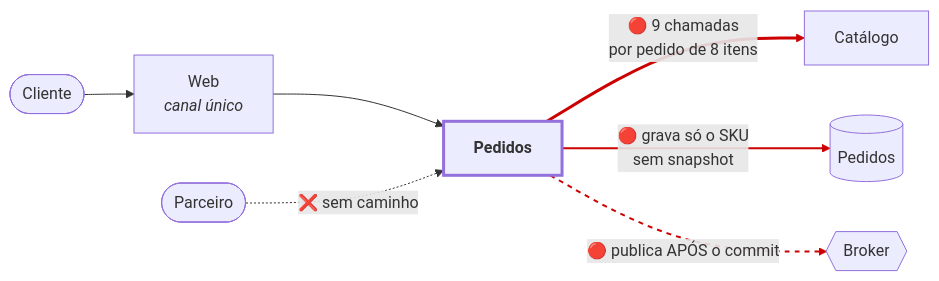
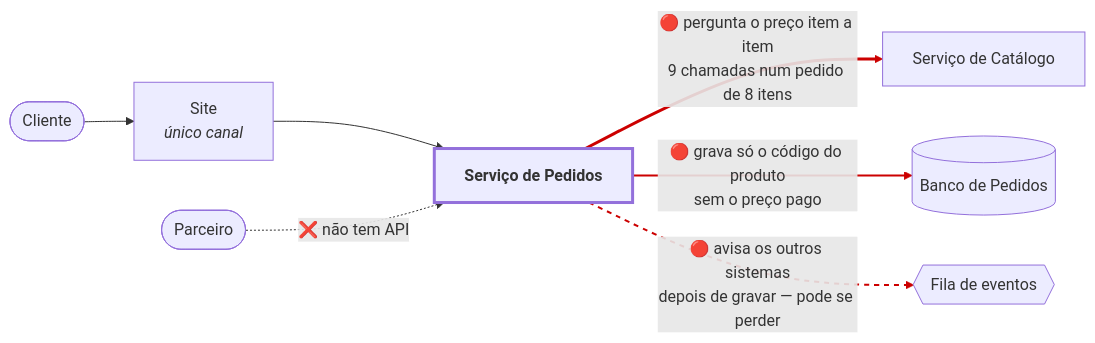
The first of 4 diagrams in docs/delivery/apresentacao/slides.md (fmoreira1990/solution_architect), drawn with Mermaid before and after one commit. The commit also changed other lines of this file and 5 other files, not shown here.

````diff
--- a/docs/delivery/apresentacao/slides.md
+++ b/docs/delivery/apresentacao/slides.md
@@ -56,14 +56,14 @@
 ```mermaid
 flowchart LR
-    cliente(["Cliente"]) --> web["Web<br/><i>canal único</i>"]
-    web --> pedidos["<b>Pedidos</b>"]
-    pedidos ==>|"🔴 9 chamadas<br/>por pedido de 8 itens"| catalogo["Catálogo"]
-    pedidos -->|"🔴 grava só o SKU<br/>sem snapshot"| db[("Pedidos")]
-    pedidos -.->|"🔴 publica APÓS o commit"| broker{{"Broker"}}
-    parceiro(["Parceiro"]) -.->|"❌ sem caminho"| pedidos
+    cliente(["Cliente"]) --> web["Site<br/><i>único canal</i>"]
+    web --> pedidos["<b>Serviço de Pedidos</b>"]
+    pedidos ==>|"🔴 pergunta o preço item a item<br/>9 chamadas num pedido de 8 itens"| catalogo["Serviço de Catálogo"]
+    pedidos -->|"🔴 grava só o código do produto<br/>sem o preço pago"| db[("Banco de Pedidos")]
+    pedidos -.->|"🔴 avisa os outros sistemas<br/>depois de gravar — pode se perder"| broker{{"Fila de eventos"}}
+    parceiro(["Parceiro"]) -.->|"❌ não tem API"| pedidos
 
     style pedidos stroke-width:3px
     linkStyle 2 stroke:#c00,stroke-width:3px
     linkStyle 3 stroke:#c00,stroke-width:2px
     linkStyle 4 stroke:#c00,stroke-width:2px,stroke-dasharray: 5 5
 ```
````
